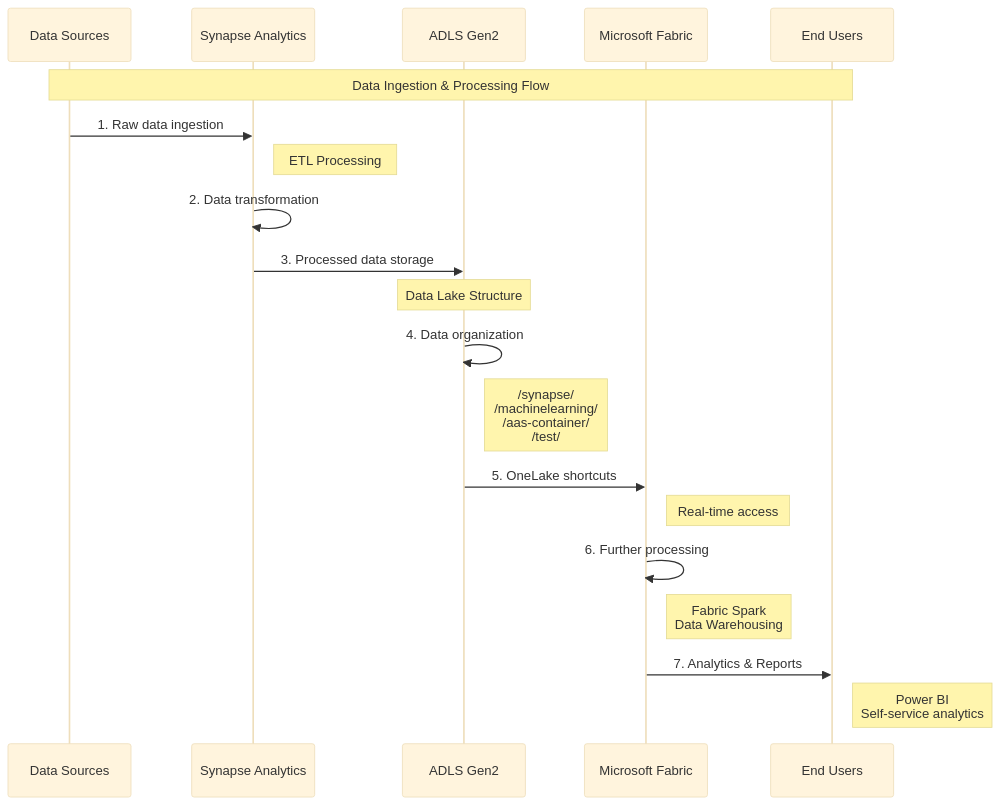
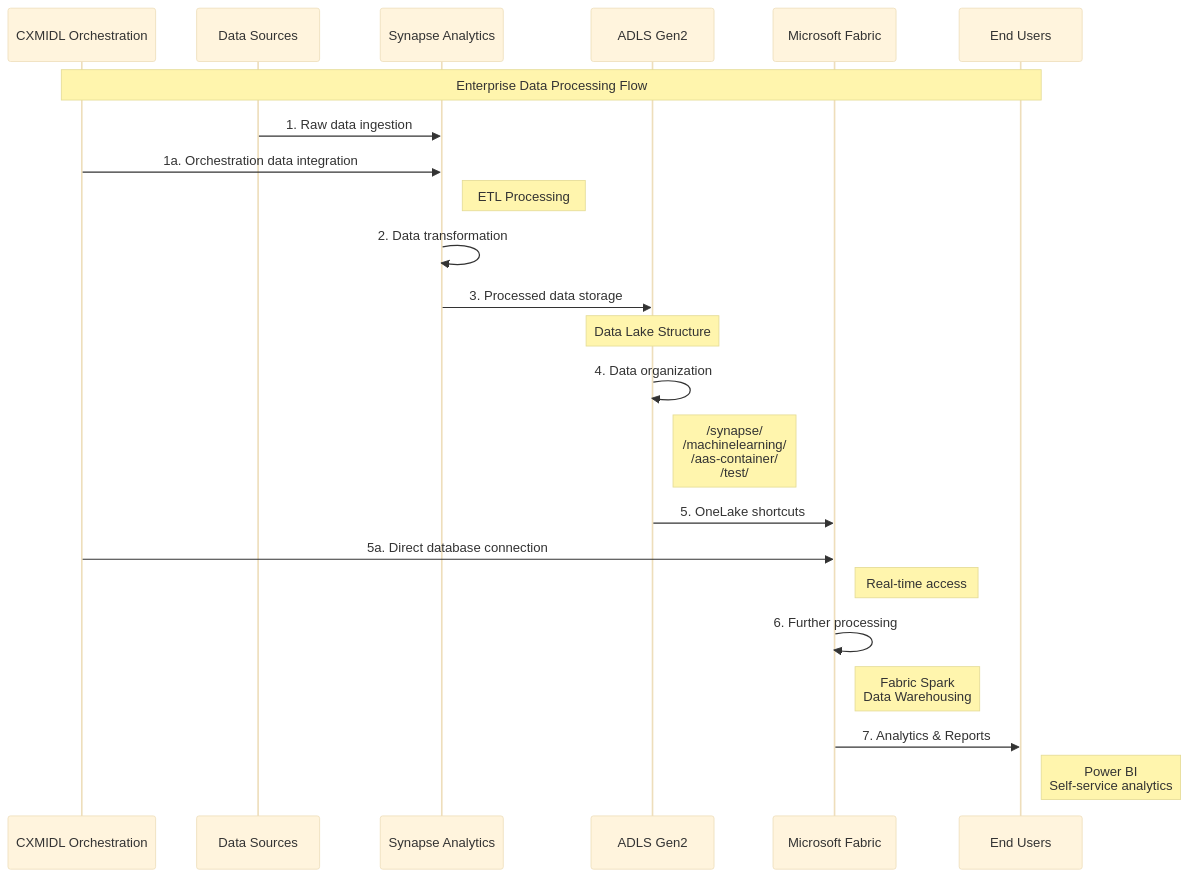
The second of 8 diagrams in ARCHITECTURE.md (fabioc-aloha/Fishbowl_POC), drawn with Mermaid (base theme) before and after one commit. The commit also changed other lines of this file and 19 other files, not shown here.

First line of the commit message:
🚀 Enterprise Integration Complete: CXMIDL Database + Python Environment

````diff
--- a/ARCHITECTURE.md
+++ b/ARCHITECTURE.md
@@ -163,27 +221,30 @@
 ```mermaid
 sequenceDiagram
+    participant Orch as CXMIDL Orchestration
     participant Sources as Data Sources
     participant Synapse as Synapse Analytics
     participant Storage as ADLS Gen2
     participant Fabric as Microsoft Fabric
     participant Users as End Users
 
-    Note over Sources,Users: Data Ingestion & Processing Flow
+    Note over Orch,Users: Enterprise Data Processing Flow
 
     Sources->>Synapse: 1. Raw data ingestion
+    Orch->>Synapse: 1a. Orchestration data integration
     Note right of Synapse: ETL Processing
     Synapse->>Synapse: 2. Data transformation
     Synapse->>Storage: 3. Processed data storage
 
     Note over Storage: Data Lake Structure
     Storage->>Storage: 4. Data organization
     Note right of Storage: /synapse/<br/>/machinelearning/<br/>/aas-container/<br/>/test/
 
     Storage->>Fabric: 5. OneLake shortcuts
+    Orch->>Fabric: 5a. Direct database connection
     Note right of Fabric: Real-time access
     Fabric->>Fabric: 6. Further processing
     Note right of Fabric: Fabric Spark<br/>Data Warehousing
 
     Fabric->>Users: 7. Analytics & Reports
     Note right of Users: Power BI<br/>Self-service analytics
 ```
````
